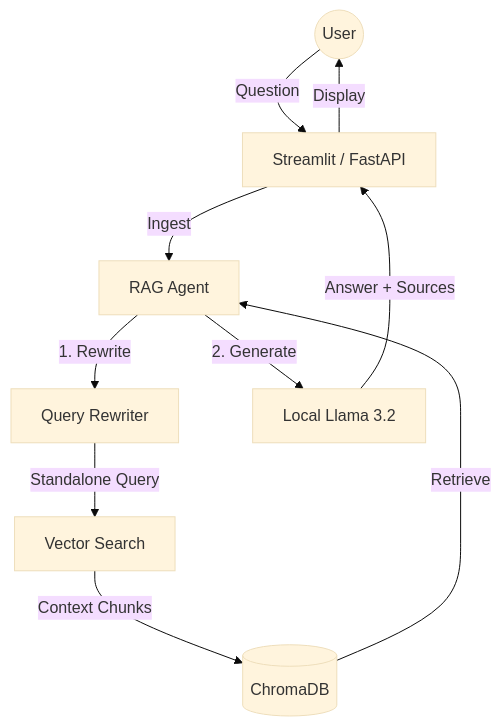
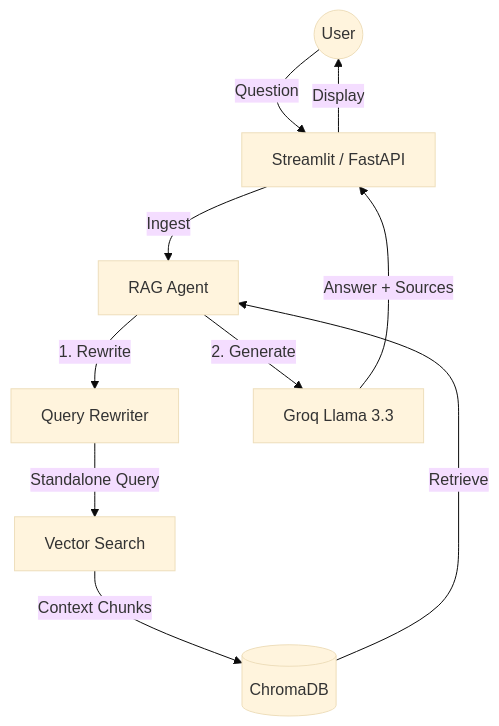
Before and after one commit to Hali-creater/The-RAG-Knowledge-Base-Agent: the diagram in README.md, drawn with Mermaid (base theme). The commit also changed other lines of this file and 10 other files, not shown here.

First line of the commit message:
Migrate RAG Agent to Groq AI and add manual API key entry

````diff
--- a/README.md
+++ b/README.md
@@ -20,12 +20,12 @@
 ```mermaid
 graph TD
     User((User)) -->|Question| UI[Streamlit / FastAPI]
     UI -->|Ingest| Agent[RAG Agent]
     Agent -->|1. Rewrite| Rewriter[Query Rewriter]
     Rewriter -->|Standalone Query| Search[Vector Search]
     Search -->|Context Chunks| VDB[(ChromaDB)]
     VDB -->|Retrieve| Agent
-    Agent -->|2. Generate| LLM[Local Llama 3.2]
+    Agent -->|2. Generate| LLM[Groq Llama 3.3]
     LLM -->|Answer + Sources| UI
     UI -->|Display| User
 ```
````
